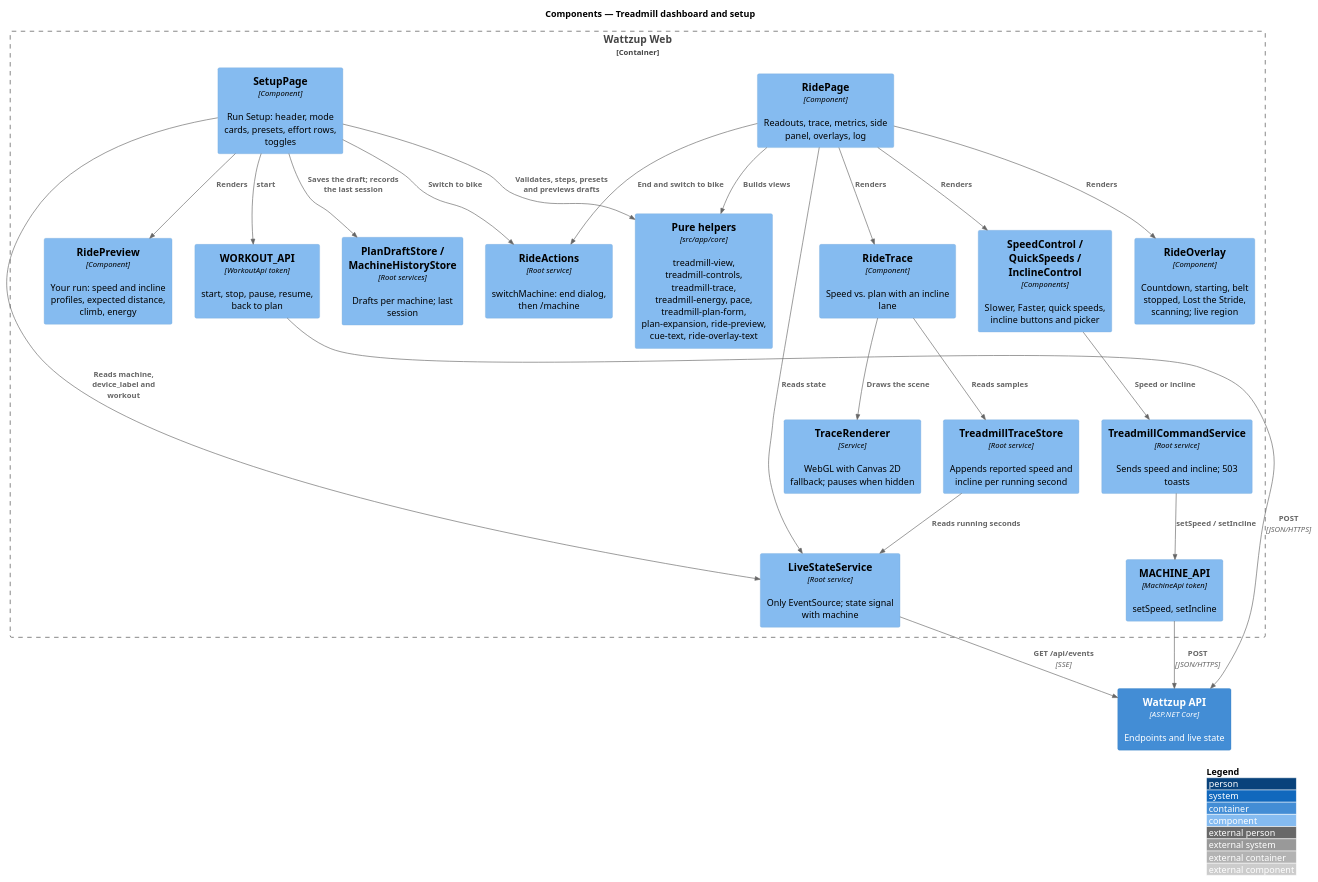
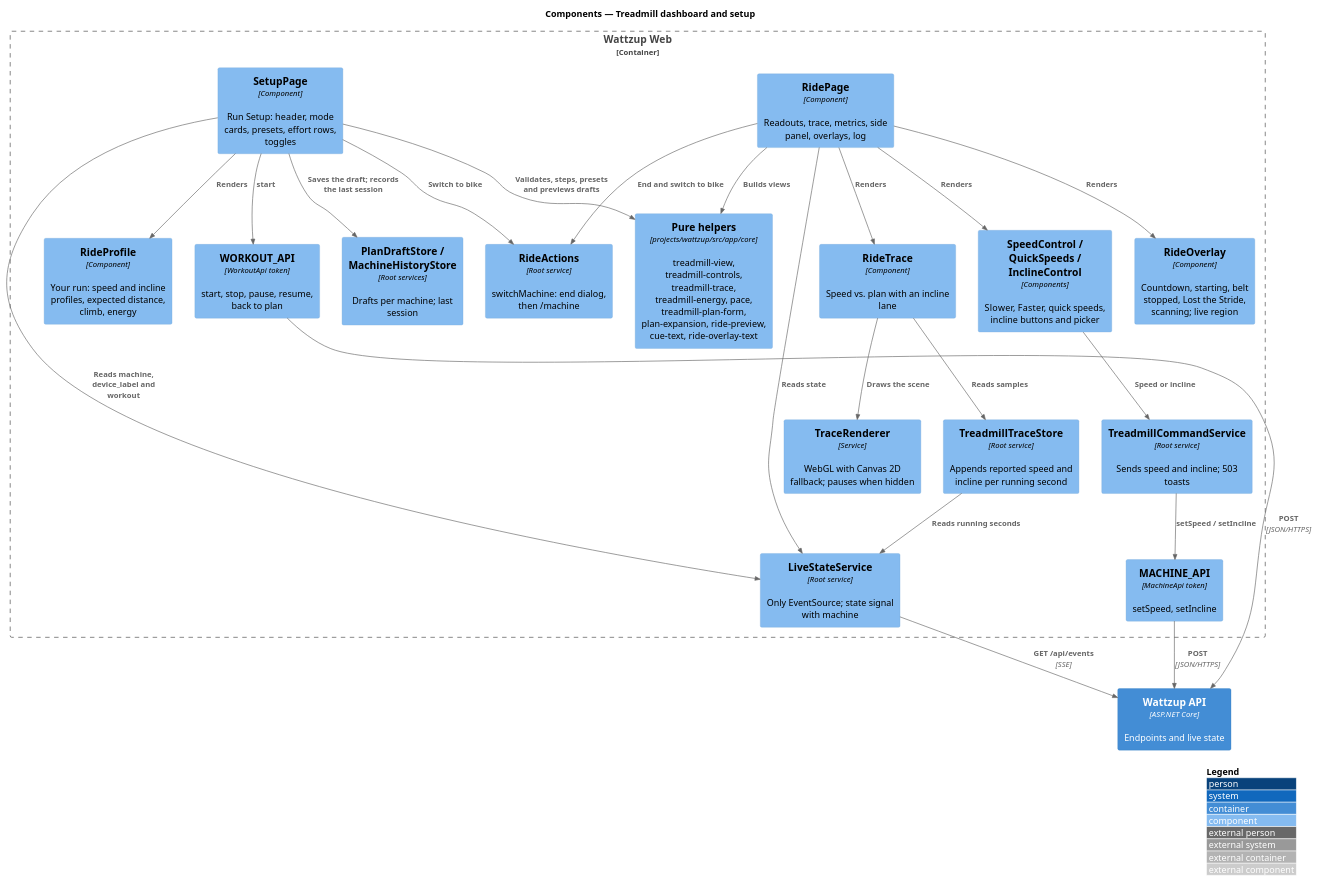
The diagram in docs/detailed-designs/treadmill/treadmill-dashboard-and-setup/diagrams/c4-component.puml (QuinntyneBrown/ride-one), drawn with PlantUML before and after one commit. The commit also changed 58 other files, not shown here.

```diff
--- a/docs/detailed-designs/treadmill/treadmill-dashboard-and-setup/diagrams/c4-component.puml
+++ b/docs/detailed-designs/treadmill/treadmill-dashboard-and-setup/diagrams/c4-component.puml
@@ -1,45 +1,45 @@
 @startuml
 !include <C4/C4_Component>
 LAYOUT_WITH_LEGEND()
 title Components — Treadmill dashboard and setup
 
 Container_Boundary(web, "Wattzup Web") {
   Component(live, "LiveStateService", "Root service", "Only EventSource; state signal with machine")
   Component(ride, "RidePage", "Component", "Readouts, trace, metrics, side panel, overlays, log")
   Component(controls, "SpeedControl / QuickSpeeds / InclineControl", "Components", "Slower, Faster, quick speeds, incline buttons and picker")
   Component(trace, "RideTrace", "Component", "Speed vs. plan with an incline lane")
   Component(renderer, "TraceRenderer", "Service", "WebGL with Canvas 2D fallback; pauses when hidden")
   Component(traceStore, "TreadmillTraceStore", "Root service", "Appends reported speed and incline per running second")
   Component(overlay, "RideOverlay", "Component", "Countdown, starting, belt stopped, Lost the Stride, scanning; live region")
   Component(setup, "SetupPage", "Component", "Run Setup: header, mode cards, presets, effort rows, toggles")
-  Component(preview, "RidePreview", "Component", "Your run: speed and incline profiles, expected distance, climb, energy")
-  Component(helpers, "Pure helpers", "src/app/core", "treadmill-view, treadmill-controls, treadmill-trace, treadmill-energy, pace, treadmill-plan-form, plan-expansion, ride-preview, cue-text, ride-overlay-text")
+  Component(preview, "RideProfile", "Component", "Your run: speed and incline profiles, expected distance, climb, energy")
+  Component(helpers, "Pure helpers", "projects/wattzup/src/app/core", "treadmill-view, treadmill-controls, treadmill-trace, treadmill-energy, pace, treadmill-plan-form, plan-expansion, ride-preview, cue-text, ride-overlay-text")
   Component(cmds, "TreadmillCommandService", "Root service", "Sends speed and incline; 503 toasts")
   Component(stores, "PlanDraftStore / MachineHistoryStore", "Root services", "Drafts per machine; last session")
   Component(actions, "RideActions", "Root service", "switchMachine: end dialog, then /machine")
   Component(machineApi, "MACHINE_API", "MachineApi token", "setSpeed, setIncline")
   Component(workoutApi, "WORKOUT_API", "WorkoutApi token", "start, stop, pause, resume, back to plan")
 }
 Container(api, "Wattzup API", "ASP.NET Core", "Endpoints and live state")
 
 Rel(ride, live, "Reads state")
 Rel(setup, live, "Reads machine, device_label and workout")
 Rel(ride, helpers, "Builds views")
 Rel(setup, helpers, "Validates, steps, presets and previews drafts")
 Rel(ride, controls, "Renders")
 Rel(ride, trace, "Renders")
 Rel(trace, traceStore, "Reads samples")
 Rel(traceStore, live, "Reads running seconds")
 Rel(trace, renderer, "Draws the scene")
 Rel(ride, overlay, "Renders")
 Rel(setup, preview, "Renders")
 Rel(setup, stores, "Saves the draft; records the last session")
 Rel(ride, actions, "End and switch to bike")
 Rel(setup, actions, "Switch to bike")
 Rel(controls, cmds, "Speed or incline")
 Rel(cmds, machineApi, "setSpeed / setIncline")
 Rel(setup, workoutApi, "start")
 Rel(machineApi, api, "POST", "JSON/HTTPS")
 Rel(workoutApi, api, "POST", "JSON/HTTPS")
 Rel(live, api, "GET /api/events", "SSE")
 @enduml
```
